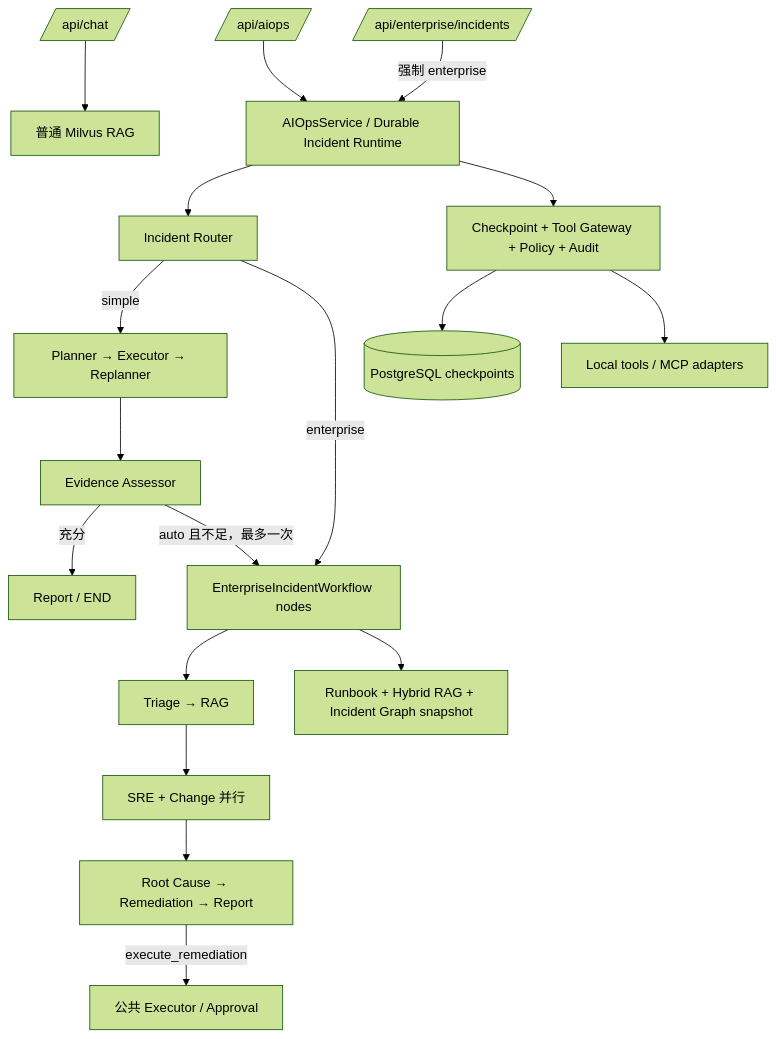
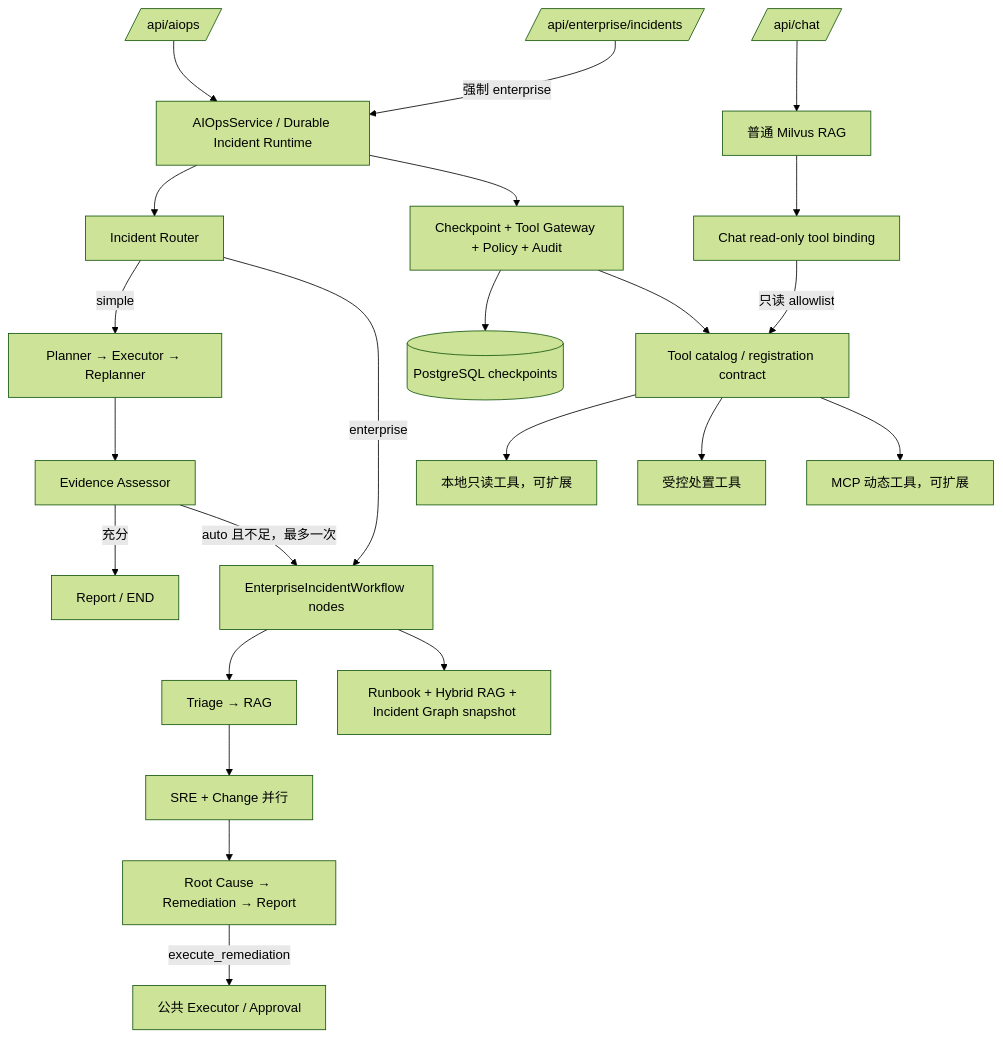
The diagram in README.md (zebstr427-dev/SpatialSRE-Agent), drawn with Mermaid (forest theme) before and after one commit. The commit also changed other lines of this file and 10 other files, not shown here.

Commit message:
docs: clarify extensible tool architecture

````diff
--- a/README.md
+++ b/README.md
@@ -34,20 +35,25 @@
 ```mermaid
 flowchart TD
     Chat[/api/chat/] --> NormalRAG[普通 Milvus RAG]
+    NormalRAG --> ChatTools[Chat read-only tool binding]
     AIOps[/api/aiops/] --> Runtime[AIOpsService / Durable Incident Runtime]
     Compat[/api/enterprise/incidents/] -->|强制 enterprise| Runtime
     Runtime --> Router[Incident Router]
     Router -->|simple| Simple[Planner → Executor → Replanner]
     Simple --> Assessor[Evidence Assessor]
     Assessor -->|充分| Done[Report / END]
     Assessor -->|auto 且不足，最多一次| Enterprise[EnterpriseIncidentWorkflow nodes]
     Router -->|enterprise| Enterprise
     Enterprise --> Triage[Triage → RAG]
     Triage --> Parallel[SRE + Change 并行]
     Parallel --> RCA[Root Cause → Remediation → Report]
     RCA -->|execute_remediation| Executor[公共 Executor / Approval]
     Runtime --> Shared[Checkpoint + Tool Gateway + Policy + Audit]
     Shared --> PG[(PostgreSQL checkpoints)]
-    Shared --> Tools[Local tools / MCP adapters]
+    Shared --> Catalog[Tool catalog / registration contract]
+    ChatTools -->|只读 allowlist| Catalog
+    Catalog --> LocalTools[本地只读工具，可扩展]
+    Catalog --> Actions[受控处置工具]
+    Catalog --> MCP[MCP 动态工具，可扩展]
     Enterprise --> Knowledge[Runbook + Hybrid RAG + Incident Graph snapshot]
 ```
````
